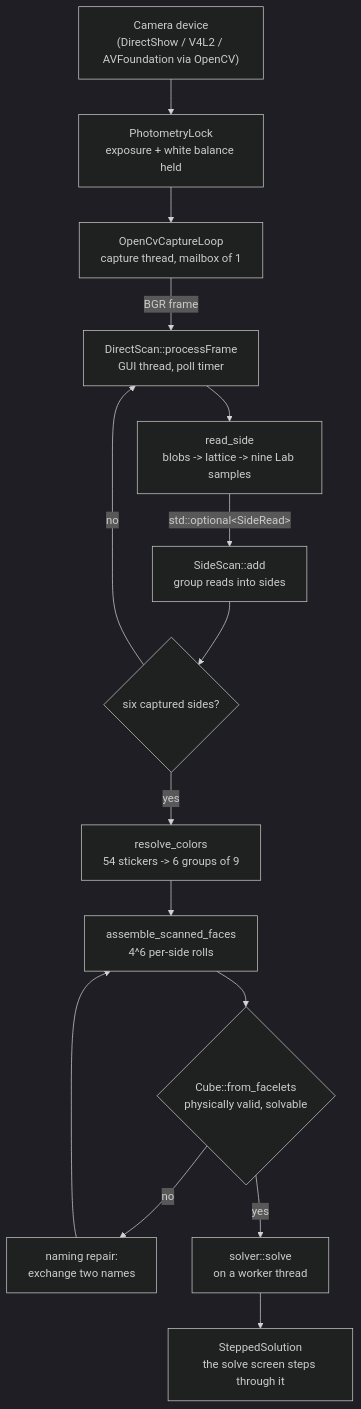
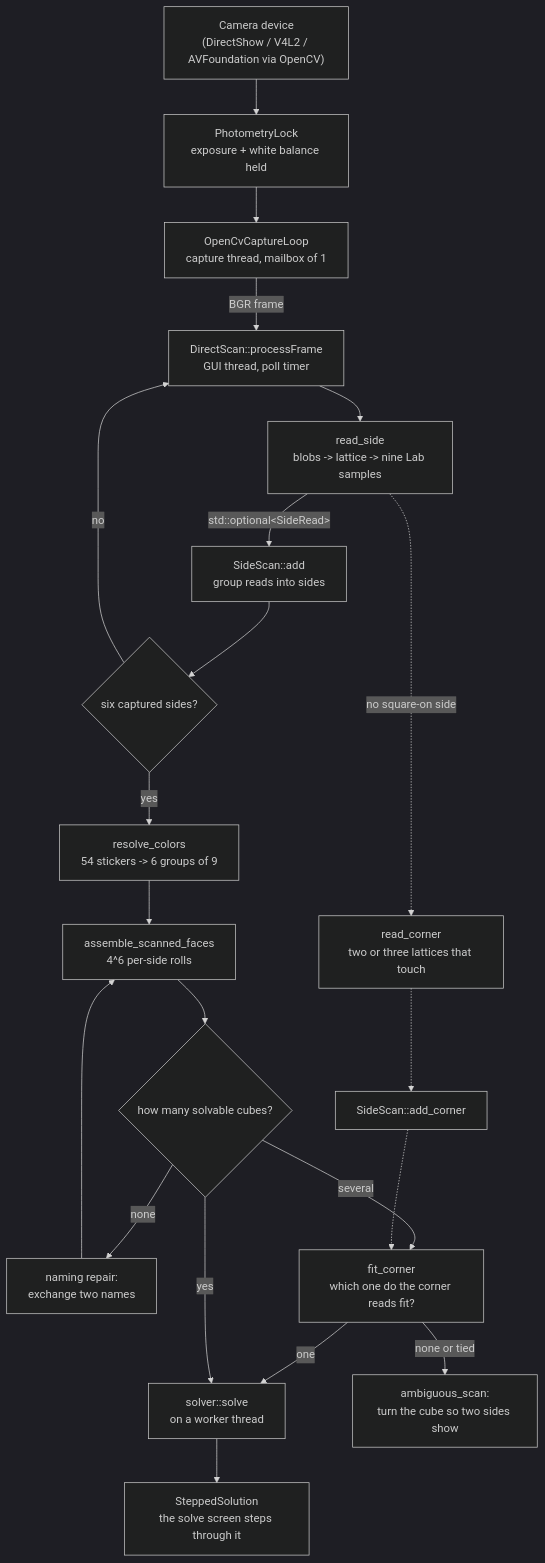
Before and after one commit to iainchesworth/cubeulator: the diagram in docs/vision-pipeline.md, drawn with Mermaid (dark theme). The commit also changed other lines of this file and 36 other files, not shown here.

````diff
--- a/docs/vision-pipeline.md
+++ b/docs/vision-pipeline.md
@@ -18,17 +18,23 @@
 ```mermaid
 flowchart TD
     CAM["Camera device<br/>(DirectShow / V4L2 / AVFoundation via OpenCV)"] --> LOCK["PhotometryLock<br/>exposure + white balance held"]
     LOCK --> LOOP["OpenCvCaptureLoop<br/>capture thread, mailbox of 1"]
     LOOP -->|BGR frame| CTRL["DirectScan::processFrame<br/>GUI thread, poll timer"]
     CTRL --> READ["read_side<br/>blobs -> lattice -> nine Lab samples"]
     READ -->|"std::optional&lt;SideRead&gt;"| SCAN["SideScan::add<br/>group reads into sides"]
+    READ -.->|"no square-on side"| CORNER["read_corner<br/>two or three lattices that touch"]
+    CORNER -.-> SCAN2["SideScan::add_corner"]
     SCAN --> SIX{"six captured sides?"}
     SIX -->|no| CTRL
     SIX -->|yes| NAME["resolve_colors<br/>54 stickers -> 6 groups of 9"]
     NAME --> ASM["assemble_scanned_faces<br/>4^6 per-side rolls"]
-    ASM --> VALID{"Cube::from_facelets<br/>physically valid, solvable"}
-    VALID -->|no| REPAIR["naming repair:<br/>exchange two names"]
+    ASM --> VALID{"how many solvable cubes?"}
+    VALID -->|none| REPAIR["naming repair:<br/>exchange two names"]
     REPAIR --> ASM
+    VALID -->|several| TIE["fit_corner<br/>which one do the corner reads fit?"]
+    SCAN2 -.-> TIE
+    TIE -->|one| SOLVE
+    TIE -->|none or tied| AMBIG["ambiguous_scan:<br/>turn the cube so two sides show"]
     VALID -->|yes| SOLVE["solver::solve<br/>on a worker thread"]
     SOLVE --> STEP["SteppedSolution<br/>the solve screen steps through it"]
 ```
````
